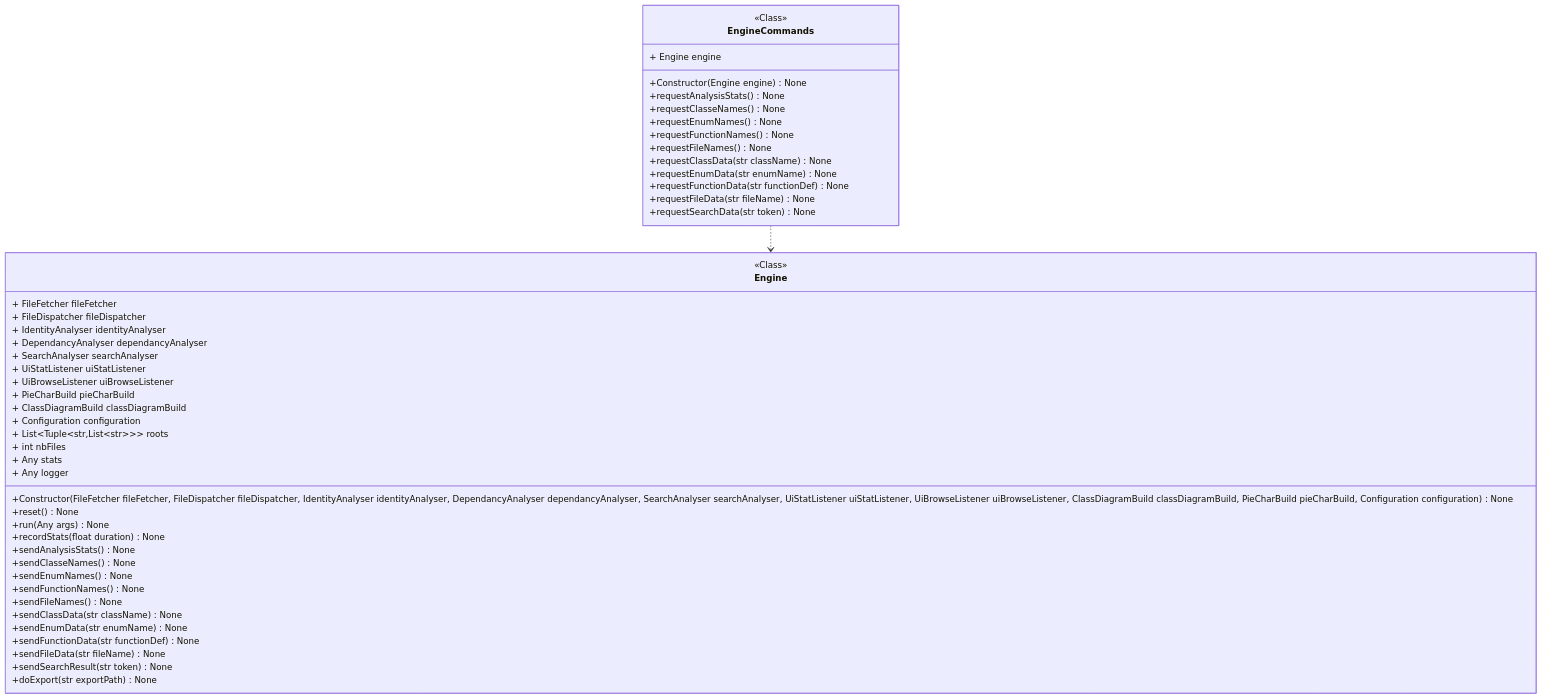
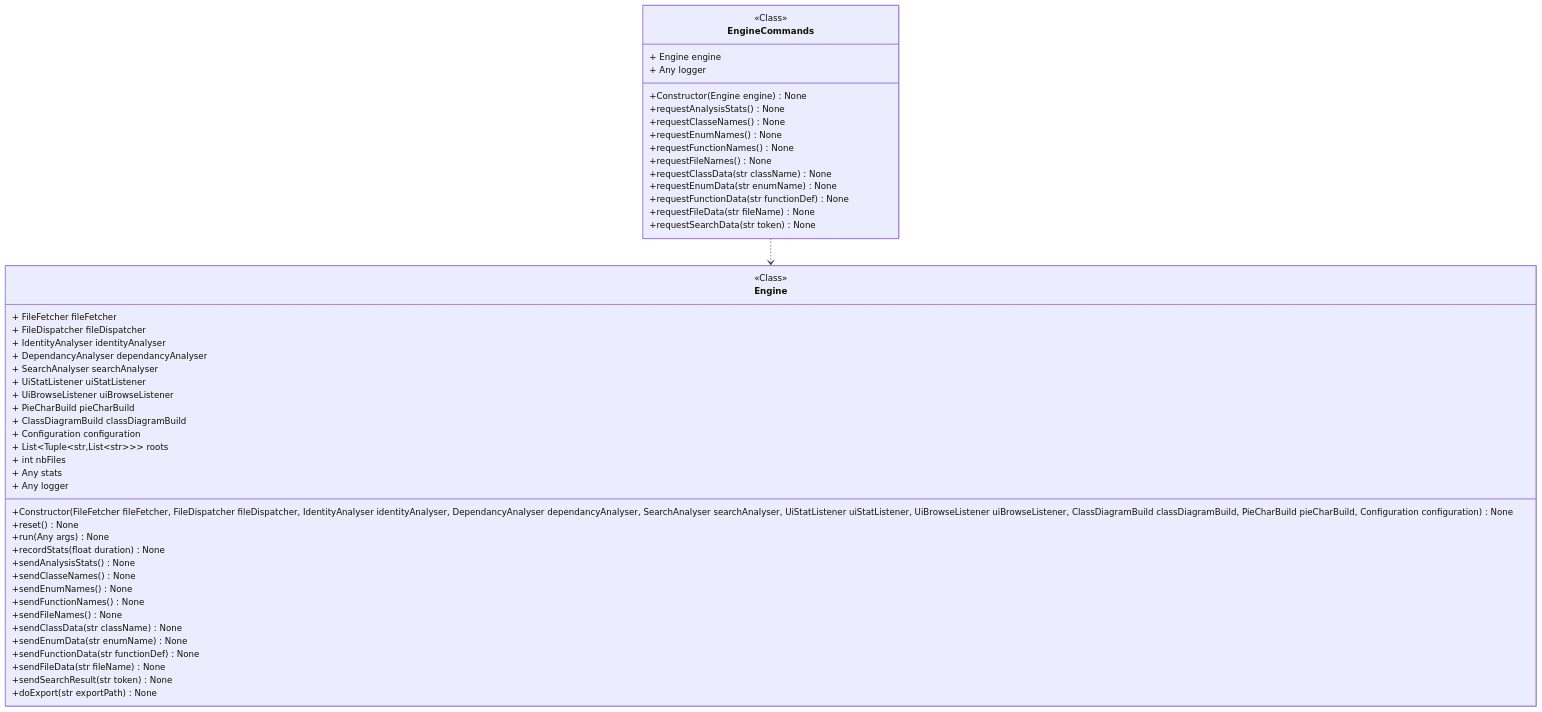
Before and after one commit to miong/pycodeanalyzer: the diagram in docs/source/code/diagrams/pycodeanalyzer_ui_engineinterface_EngineCommands.mmd, drawn with Mermaid. The commit also changed 3 other files, not shown here.

```diff
--- a/docs/source/code/diagrams/pycodeanalyzer_ui_engineinterface_EngineCommands.mmd
+++ b/docs/source/code/diagrams/pycodeanalyzer_ui_engineinterface_EngineCommands.mmd
@@ -1,50 +1,51 @@
 classDiagram
 class EngineCommands {
 <<Class>>
 + Engine engine
++ Any logger
 +Constructor(Engine engine) None
 +requestAnalysisStats() None
 +requestClasseNames() None
 +requestEnumNames() None
 +requestFunctionNames() None
 +requestFileNames() None
 +requestClassData(str className) None
 +requestEnumData(str enumName) None
 +requestFunctionData(str functionDef) None
 +requestFileData(str fileName) None
 +requestSearchData(str token) None
 }
 class Engine {
 <<Class>>
 + FileFetcher fileFetcher
 + FileDispatcher fileDispatcher
 + IdentityAnalyser identityAnalyser
 + DependancyAnalyser dependancyAnalyser
 + SearchAnalyser searchAnalyser
 + UiStatListener uiStatListener
 + UiBrowseListener uiBrowseListener
 + PieCharBuild pieCharBuild
 + ClassDiagramBuild classDiagramBuild
 + Configuration configuration
 + List&lt;Tuple&lt;str,List&lt;str&gt;&gt;&gt; roots
 + int nbFiles
 + Any stats
 + Any logger
 +Constructor(FileFetcher fileFetcher, FileDispatcher fileDispatcher, IdentityAnalyser identityAnalyser, DependancyAnalyser dependancyAnalyser, SearchAnalyser searchAnalyser, UiStatListener uiStatListener, UiBrowseListener uiBrowseListener, ClassDiagramBuild classDiagramBuild, PieCharBuild pieCharBuild, Configuration configuration) None
 +reset() None
 +run(Any args) None
 +recordStats(float duration) None
 +sendAnalysisStats() None
 +sendClasseNames() None
 +sendEnumNames() None
 +sendFunctionNames() None
 +sendFileNames() None
 +sendClassData(str className) None
 +sendEnumData(str enumName) None
 +sendFunctionData(str functionDef) None
 +sendFileData(str fileName) None
 +sendSearchResult(str token) None
 +doExport(str exportPath) None
 }
 link Engine "class££pycodeanalyzer::core::engine::engine::Engine"
 EngineCommands ..> Engine
```
